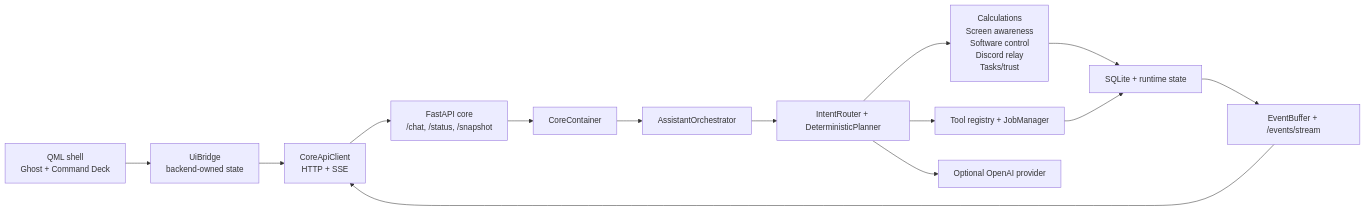
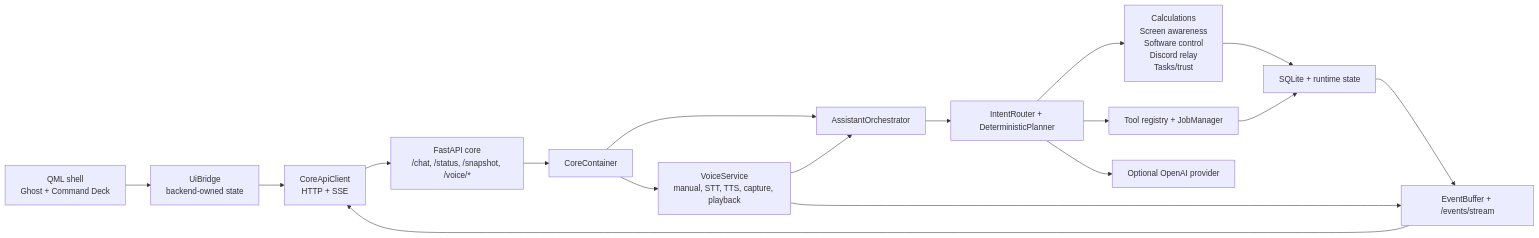
One commit to Kgray44/Stormhelm changed the diagram in docs/README.md. Above: the diagram before and after it, drawn with Mermaid. The commit also changed other lines of this file and 90 other files, not shown here.

````diff
--- a/docs/README.md
+++ b/docs/README.md
@@ -102,16 +104,19 @@
 ```mermaid
 flowchart LR
     QML["QML shell<br/>Ghost + Command Deck"] --> Bridge["UiBridge<br/>backend-owned state"]
     Bridge --> Client["CoreApiClient<br/>HTTP + SSE"]
-    Client --> API["FastAPI core<br/>/chat, /status, /snapshot"]
+    Client --> API["FastAPI core<br/>/chat, /status, /snapshot, /voice/*"]
     API --> Container["CoreContainer"]
     Container --> Assistant["AssistantOrchestrator"]
+    Container --> Voice["VoiceService<br/>manual, STT, TTS, capture, playback"]
     Assistant --> Planner["IntentRouter + DeterministicPlanner"]
     Planner --> Subsystems["Calculations<br/>Screen awareness<br/>Software control<br/>Discord relay<br/>Tasks/trust"]
     Planner --> Tools["Tool registry + JobManager"]
     Planner --> Provider["Optional OpenAI provider"]
     Subsystems --> Store["SQLite + runtime state"]
+    Voice --> Assistant
+    Voice --> Events
     Tools --> Store
     Store --> Events["EventBuffer + /events/stream"]
     Events --> Client
 ```
````
